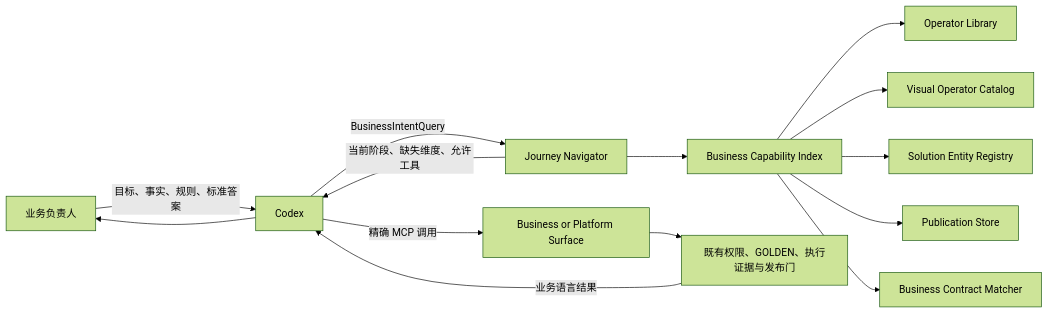
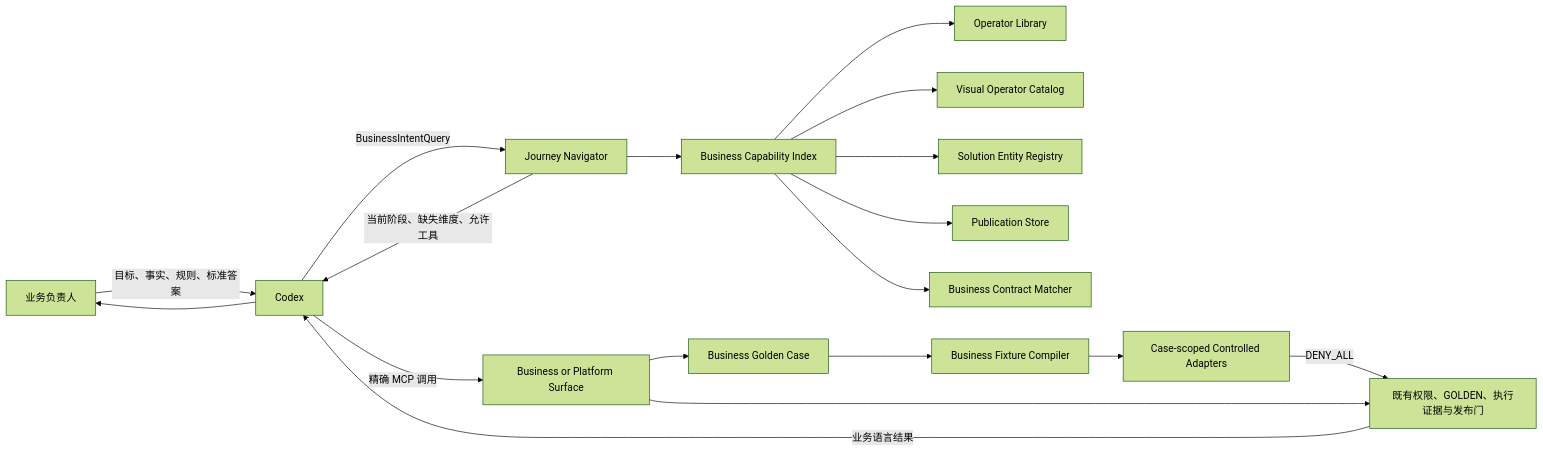
Before and after one commit to leanowtech/bloge-examples: the diagram in docs/rg-evolution-design-1.4.6.md, drawn with Mermaid (forest theme). The commit also changed other lines of this file, not shown here.

Commit message:
docs(resource-gateway): design controlled business testing

````diff
--- a/docs/rg-evolution-design-1.4.6.md
+++ b/docs/rg-evolution-design-1.4.6.md
@@ -187,16 +206,20 @@
 ```mermaid
 flowchart LR
     BO[业务负责人] -->|目标、事实、规则、标准答案| CX[Codex]
     CX -->|BusinessIntentQuery| JN[Journey Navigator]
     JN --> CI[Business Capability Index]
     CI --> OL[Operator Library]
     CI --> VC[Visual Operator Catalog]
     CI --> SR[Solution Entity Registry]
     CI --> PS[Publication Store]
     CI --> CM[Business Contract Matcher]
     JN -->|当前阶段、缺失维度、允许工具| CX
     CX -->|精确 MCP 调用| TS[Business or Platform Surface]
-    TS --> GV[既有权限、GOLDEN、执行证据与发布门]
+    TS --> BG[Business Golden Case]
+    BG --> BF[Business Fixture Compiler]
+    BF --> CA[Case-scoped Controlled Adapters]
+    CA -->|DENY_ALL| GV[既有权限、GOLDEN、执行证据与发布门]
+    TS --> GV
     GV -->|业务语言结果| CX
     CX --> BO
 ```
````
